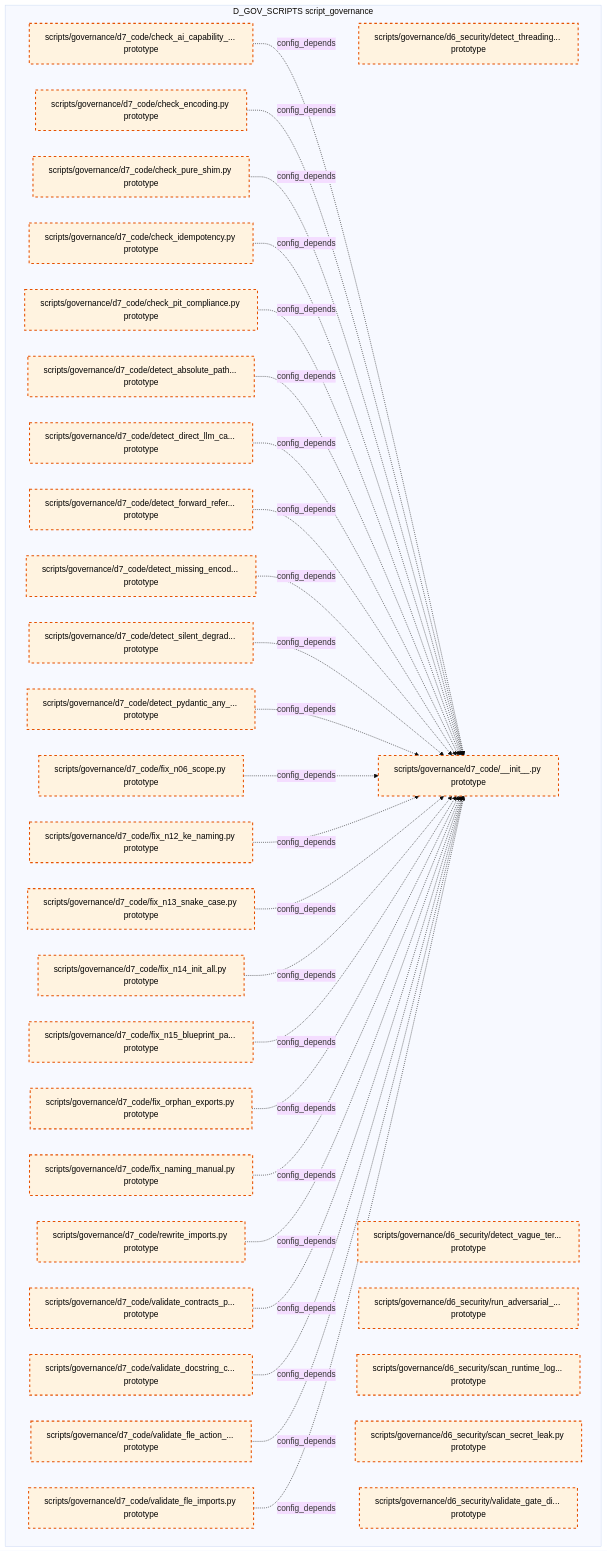
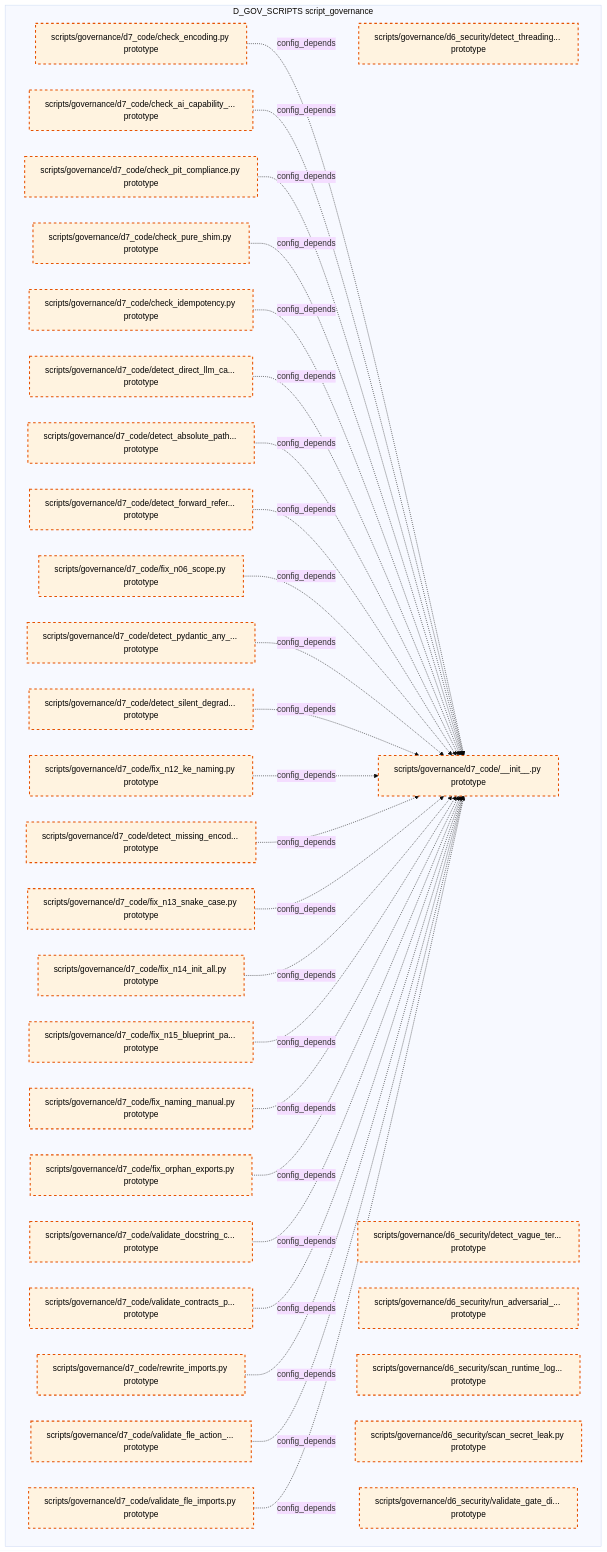
One commit to xuanFelixVan/ZephyrAlpha changed the tenth of 15 diagrams in docs/02_enterprise_architecture/02_domain_architecture_docs/36_d_gov_scripts.md. Above: the diagram before and after it, drawn with Mermaid (base theme). The commit also changed other lines of this file and 99 other files, not shown here.

````diff
--- a/docs/02_enterprise_architecture/02_domain_architecture_docs/36_d_gov_scripts.md
+++ b/docs/02_enterprise_architecture/02_domain_architecture_docs/36_d_gov_scripts.md
@@ -689,63 +689,63 @@
 ```mermaid
 graph TD
     subgraph D_GOV_SCRIPTS["D_GOV_SCRIPTS script_governance"]
         scripts_governance_d6_security_detect_threading_lock_py["scripts/governance/d6_security/detect_threading... prototype"]
         scripts_governance_d6_security_detect_vague_terms_py["scripts/governance/d6_security/detect_vague_ter... prototype"]
         scripts_governance_d6_security_run_adversarial_checks_py["scripts/governance/d6_security/run_adversarial_... prototype"]
         scripts_governance_d6_security_scan_runtime_log_secrets_py["scripts/governance/d6_security/scan_runtime_log... prototype"]
         scripts_governance_d6_security_scan_secret_leak_py["scripts/governance/d6_security/scan_secret_leak.py prototype"]
         scripts_governance_d6_security_validate_gate_discipline_py["scripts/governance/d6_security/validate_gate_di... prototype"]
         scripts_governance_d7_code_init_py["scripts/governance/d7_code/__init__.py prototype"]
         scripts_governance_d7_code_check_ai_capability_boundary_py["scripts/governance/d7_code/check_ai_capability_... prototype"]
         scripts_governance_d7_code_check_encoding_py["scripts/governance/d7_code/check_encoding.py prototype"]
         scripts_governance_d7_code_check_idempotency_py["scripts/governance/d7_code/check_idempotency.py prototype"]
         scripts_governance_d7_code_check_pit_compliance_py["scripts/governance/d7_code/check_pit_compliance.py prototype"]
         scripts_governance_d7_code_check_pure_shim_py["scripts/governance/d7_code/check_pure_shim.py prototype"]
         scripts_governance_d7_code_detect_absolute_path_hardcoding_py["scripts/governance/d7_code/detect_absolute_path... prototype"]
         scripts_governance_d7_code_detect_direct_llm_calls_py["scripts/governance/d7_code/detect_direct_llm_ca... prototype"]
         scripts_governance_d7_code_detect_forward_reference_py["scripts/governance/d7_code/detect_forward_refer... prototype"]
         scripts_governance_d7_code_detect_missing_encoding_py["scripts/governance/d7_code/detect_missing_encod... prototype"]
         scripts_governance_d7_code_detect_pydantic_any_fields_py["scripts/governance/d7_code/detect_pydantic_any_... prototype"]
         scripts_governance_d7_code_detect_silent_degradation_py["scripts/governance/d7_code/detect_silent_degrad... prototype"]
         scripts_governance_d7_code_fix_n06_scope_py["scripts/governance/d7_code/fix_n06_scope.py prototype"]
         scripts_governance_d7_code_fix_n12_ke_naming_py["scripts/governance/d7_code/fix_n12_ke_naming.py prototype"]
         scripts_governance_d7_code_fix_n13_snake_case_py["scripts/governance/d7_code/fix_n13_snake_case.py prototype"]
         scripts_governance_d7_code_fix_n14_init_all_py["scripts/governance/d7_code/fix_n14_init_all.py prototype"]
         scripts_governance_d7_code_fix_n15_blueprint_path_py["scripts/governance/d7_code/fix_n15_blueprint_pa... prototype"]
         scripts_governance_d7_code_fix_naming_manual_py["scripts/governance/d7_code/fix_naming_manual.py prototype"]
         scripts_governance_d7_code_fix_orphan_exports_py["scripts/governance/d7_code/fix_orphan_exports.py prototype"]
         scripts_governance_d7_code_rewrite_imports_py["scripts/governance/d7_code/rewrite_imports.py prototype"]
         scripts_governance_d7_code_validate_contracts_purity_py["scripts/governance/d7_code/validate_contracts_p... prototype"]
         scripts_governance_d7_code_validate_docstring_coverage_py["scripts/governance/d7_code/validate_docstring_c... prototype"]
         scripts_governance_d7_code_validate_fle_action_metadata_py["scripts/governance/d7_code/validate_fle_action_... prototype"]
         scripts_governance_d7_code_validate_fle_imports_py["scripts/governance/d7_code/validate_fle_imports.py prototype"]
     end
+    scripts_governance_d7_code_check_encoding_py -.->|config_depends| scripts_governance_d7_code_init_py
     scripts_governance_d7_code_check_ai_capability_boundary_py -.->|config_depends| scripts_governance_d7_code_init_py
-    scripts_governance_d7_code_check_encoding_py -.->|config_depends| scripts_governance_d7_code_init_py
+    scripts_governance_d7_code_check_pit_compliance_py -.->|config_depends| scripts_governance_d7_code_init_py
     scripts_governance_d7_code_check_pure_shim_py -.->|config_depends| scripts_governance_d7_code_init_py
     scripts_governance_d7_code_check_idempotency_py -.->|config_depends| scripts_governance_d7_code_init_py
-    scripts_governance_d7_code_check_pit_compliance_py -.->|config_depends| scripts_governance_d7_code_init_py
+    scripts_governance_d7_code_detect_direct_llm_calls_py -.->|config_depends| scripts_governance_d7_code_init_py
     scripts_governance_d7_code_detect_absolute_path_hardcoding_py -.->|config_depends| scripts_governance_d7_code_init_py
-    scripts_governance_d7_code_detect_direct_llm_calls_py -.->|config_depends| scripts_governance_d7_code_init_py
     scripts_governance_d7_code_detect_forward_reference_py -.->|config_depends| scripts_governance_d7_code_init_py
+    scripts_governance_d7_code_fix_n06_scope_py -.->|config_depends| scripts_governance_d7_code_init_py
+    scripts_governance_d7_code_detect_pydantic_any_fields_py -.->|config_depends| scripts_governance_d7_code_init_py
+    scripts_governance_d7_code_detect_silent_degradation_py -.->|config_depends| scripts_governance_d7_code_init_py
+    scripts_governance_d7_code_fix_n12_ke_naming_py -.->|config_depends| scripts_governance_d7_code_init_py
     scripts_governance_d7_code_detect_missing_encoding_py -.->|config_depends| scripts_governance_d7_code_init_py
-    scripts_governance_d7_code_detect_silent_degradation_py -.->|config_depends| scripts_governance_d7_code_init_py
-    scripts_governance_d7_code_detect_pydantic_any_fields_py -.->|config_depends| scripts_governance_d7_code_init_py
-    scripts_governance_d7_code_fix_n06_scope_py -.->|config_depends| scripts_governance_d7_code_init_py
-    scripts_governance_d7_code_fix_n12_ke_naming_py -.->|config_depends| scripts_governance_d7_code_init_py
     scripts_governance_d7_code_fix_n13_snake_case_py -.->|config_depends| scripts_governance_d7_code_init_py
     scripts_governance_d7_code_fix_n14_init_all_py -.->|config_depends| scripts_governance_d7_code_init_py
     scripts_governance_d7_code_fix_n15_blueprint_path_py -.->|config_depends| scripts_governance_d7_code_init_py
+    scripts_governance_d7_code_fix_naming_manual_py -.->|config_depends| scripts_governance_d7_code_init_py
     scripts_governance_d7_code_fix_orphan_exports_py -.->|config_depends| scripts_governance_d7_code_init_py
-    scripts_governance_d7_code_fix_naming_manual_py -.->|config_depends| scripts_governance_d7_code_init_py
+    scripts_governance_d7_code_validate_docstring_coverage_py -.->|config_depends| scripts_governance_d7_code_init_py
+    scripts_governance_d7_code_validate_contracts_purity_py -.->|config_depends| scripts_governance_d7_code_init_py
     scripts_governance_d7_code_rewrite_imports_py -.->|config_depends| scripts_governance_d7_code_init_py
-    scripts_governance_d7_code_validate_contracts_purity_py -.->|config_depends| scripts_governance_d7_code_init_py
-    scripts_governance_d7_code_validate_docstring_coverage_py -.->|config_depends| scripts_governance_d7_code_init_py
     scripts_governance_d7_code_validate_fle_action_metadata_py -.->|config_depends| scripts_governance_d7_code_init_py
     scripts_governance_d7_code_validate_fle_imports_py -.->|config_depends| scripts_governance_d7_code_init_py
     classDef production fill:#e1f5fe,stroke:#01579b,stroke-width:2px,color:#000
     classDef design fill:#fff3e0,stroke:#e65100,stroke-width:2px,color:#000,stroke-dasharray: 5 5
     classDef external_prod fill:#e8f5e9,stroke:#1b5e20,stroke-width:1px,color:#000
     classDef external_design fill:#fce4ec,stroke:#880e4f,stroke-width:1px,color:#000,stroke-dasharray: 5 5
     class scripts_governance_d6_security_detect_threading_lock_py,scripts_governance_d6_security_detect_vague_terms_py,scripts_governance_d6_security_run_adversarial_checks_py,scripts_governance_d6_security_scan_runtime_log_secrets_py,scripts_governance_d6_security_scan_secret_leak_py,scripts_governance_d6_security_validate_gate_discipline_py,scripts_governance_d7_code_init_py,scripts_governance_d7_code_check_ai_capability_boundary_py,scripts_governance_d7_code_check_encoding_py,scripts_governance_d7_code_check_idempotency_py,scripts_governance_d7_code_check_pit_compliance_py,scripts_governance_d7_code_check_pure_shim_py,scripts_governance_d7_code_detect_absolute_path_hardcoding_py,scripts_governance_d7_code_detect_direct_llm_calls_py,scripts_governance_d7_code_detect_forward_reference_py,scripts_governance_d7_code_detect_missing_encoding_py,scripts_governance_d7_code_detect_pydantic_any_fields_py,scripts_governance_d7_code_detect_silent_degradation_py,scripts_governance_d7_code_fix_n06_scope_py,scripts_governance_d7_code_fix_n12_ke_naming_py,scripts_governance_d7_code_fix_n13_snake_case_py,scripts_governance_d7_code_fix_n14_init_all_py,scripts_governance_d7_code_fix_n15_blueprint_path_py,scripts_governance_d7_code_fix_naming_manual_py,scripts_governance_d7_code_fix_orphan_exports_py,scripts_governance_d7_code_rewrite_imports_py,scripts_governance_d7_code_validate_contracts_purity_py,scripts_governance_d7_code_validate_docstring_coverage_py,scripts_governance_d7_code_validate_fle_action_metadata_py,scripts_governance_d7_code_validate_fle_imports_py design
 ```
````
